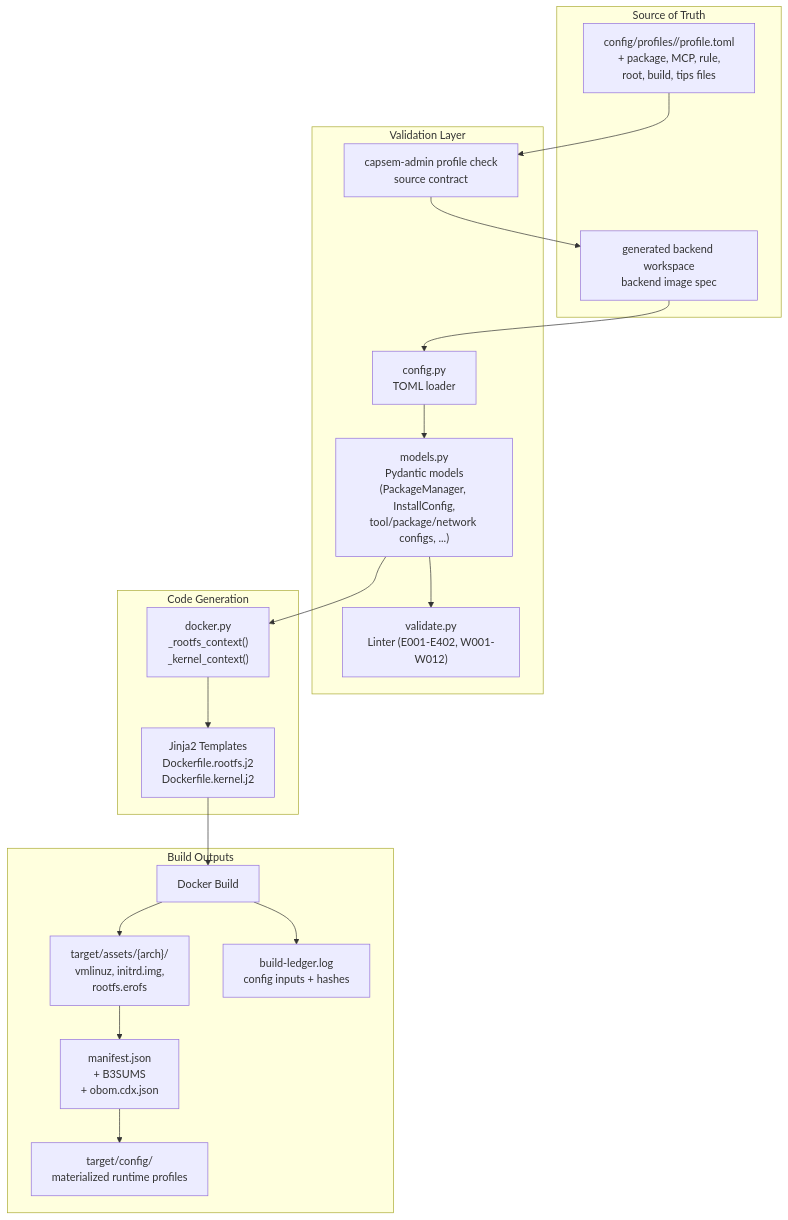
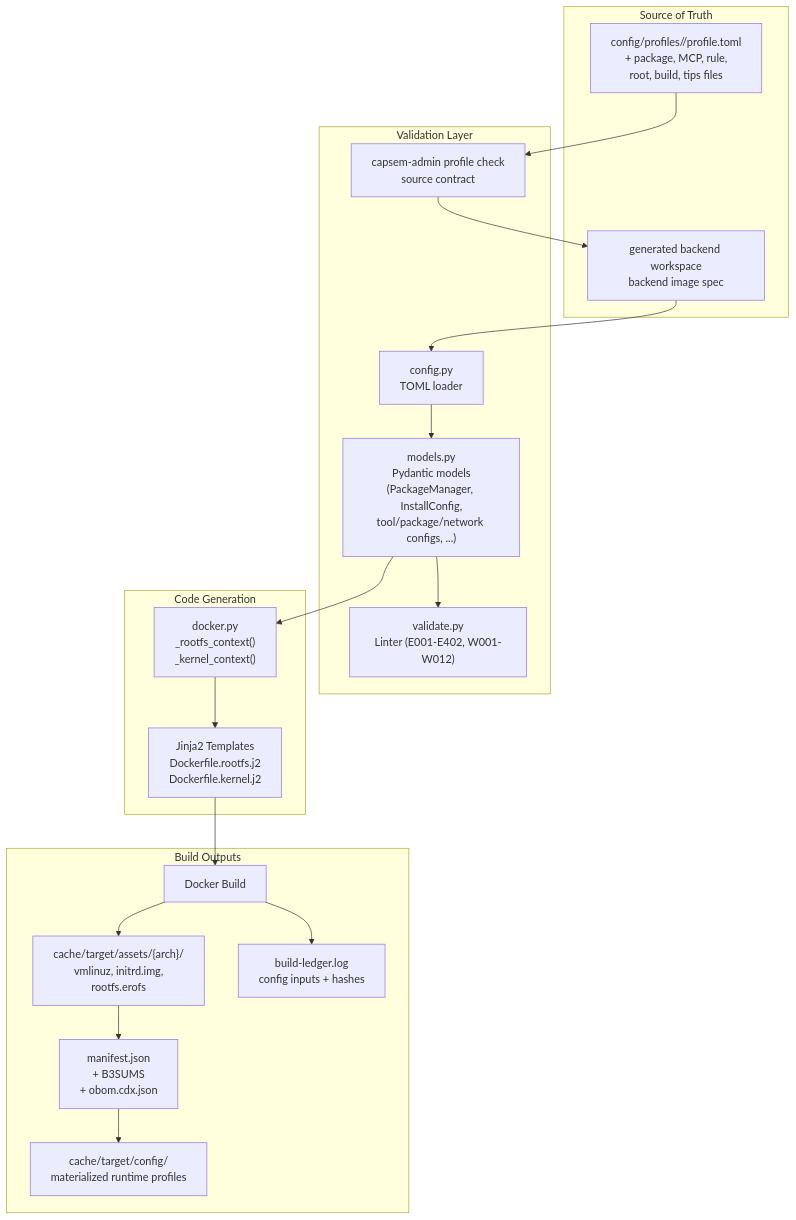
Before and after one commit to google/capsem: the first of 5 diagrams in web/docs/src/content/docs/architecture/build-system.md, drawn with Mermaid. The commit also changed other lines of this file and 261 other files, not shown here.

````diff
--- a/web/docs/src/content/docs/architecture/build-system.md
+++ b/web/docs/src/content/docs/architecture/build-system.md
@@ -18,40 +18,40 @@
 ```mermaid
 flowchart TD
   subgraph Input["Source of Truth"]
     PROFILE["config/profiles/<id>/profile.toml\n+ package, MCP, rule,\nroot, build, tips files"]
     MATERIALIZED["generated backend workspace\nbackend image spec"]
   end
 
   subgraph Validation["Validation Layer"]
     Profile["capsem-admin profile check\nsource contract"]
     Config["config.py\nTOML loader"]
     Models["models.py\nPydantic models\n(PackageManager, InstallConfig,\ntool/package/network configs, ...)"]
     Validate["validate.py\nLinter (E001-E402, W001-W012)"]
   end
 
   subgraph Generation["Code Generation"]
     Context["docker.py\n_rootfs_context()\n_kernel_context()"]
     Jinja["Jinja2 Templates\nDockerfile.rootfs.j2\nDockerfile.kernel.j2"]
   end
 
   subgraph Output["Build Outputs"]
     Docker["Docker Build"]
-    Assets["target/assets/{arch}/\nvmlinuz, initrd.img,\nrootfs.erofs"]
+    Assets["cache/target/assets/{arch}/\nvmlinuz, initrd.img,\nrootfs.erofs"]
     Ledger["build-ledger.log\nconfig inputs + hashes"]
     BOM["manifest.json\n+ B3SUMS\n+ obom.cdx.json"]
-    RuntimeConfig["target/config/\nmaterialized runtime profiles"]
+    RuntimeConfig["cache/target/config/\nmaterialized runtime profiles"]
   end
 
   PROFILE --> Profile
   Profile --> MATERIALIZED
   MATERIALIZED --> Config
   Config --> Models
   Models --> Validate
   Models --> Context
   Context --> Jinja
   Jinja --> Docker
   Docker --> Assets
   Docker --> Ledger
   Assets --> BOM
   BOM --> RuntimeConfig
 ```
````
